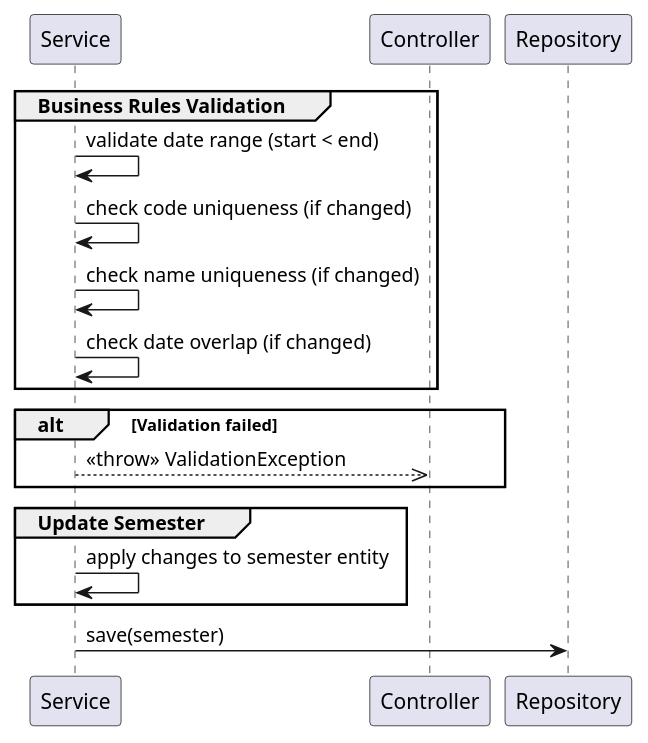
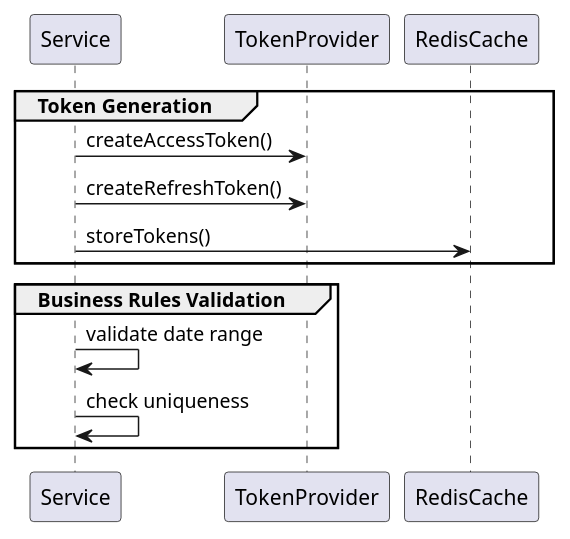
One commit to Ndh474/context changed the seventh of 7 diagrams in system_detailed_design/sequendiagram_rule.md. Above: the diagram before and after it, drawn with PlantUML. The commit also changed other lines of this file and 6 other files, not shown here.

Commit message:
docs(system_detailed_design): update semester sequence diagrams with UML stereotypes

````diff
--- a/system_detailed_design/sequendiagram_rule.md
+++ b/system_detailed_design/sequendiagram_rule.md
@@ -262,18 +199,14 @@
-```puml
-group Business Rules Validation
-    Service -> Service: validate date range (start < end)
-    Service -> Service: check code uniqueness (if changed)
-    Service -> Service: check name uniqueness (if changed)
-    Service -> Service: check date overlap (if changed)
+```plantuml
+' ✅ ĐÚNG - Gom nhiều external calls
+group Token Generation
+    Service -> TokenProvider: createAccessToken()
+    Service -> TokenProvider: createRefreshToken()
+    Service -> RedisCache: storeTokens()
 end
 
-alt Validation failed
-    Service -->> Controller: <<throw>> ValidationException
+' ❌ SAI - Chỉ có self-calls (validation logic)
+group Business Rules Validation
+    Service -> Service: validate date range
+    Service -> Service: check uniqueness
 end
-
-group Update Semester
-    Service -> Service: apply changes to semester entity
-end
-
-Service -> Repository: save(semester)
 ```
````
